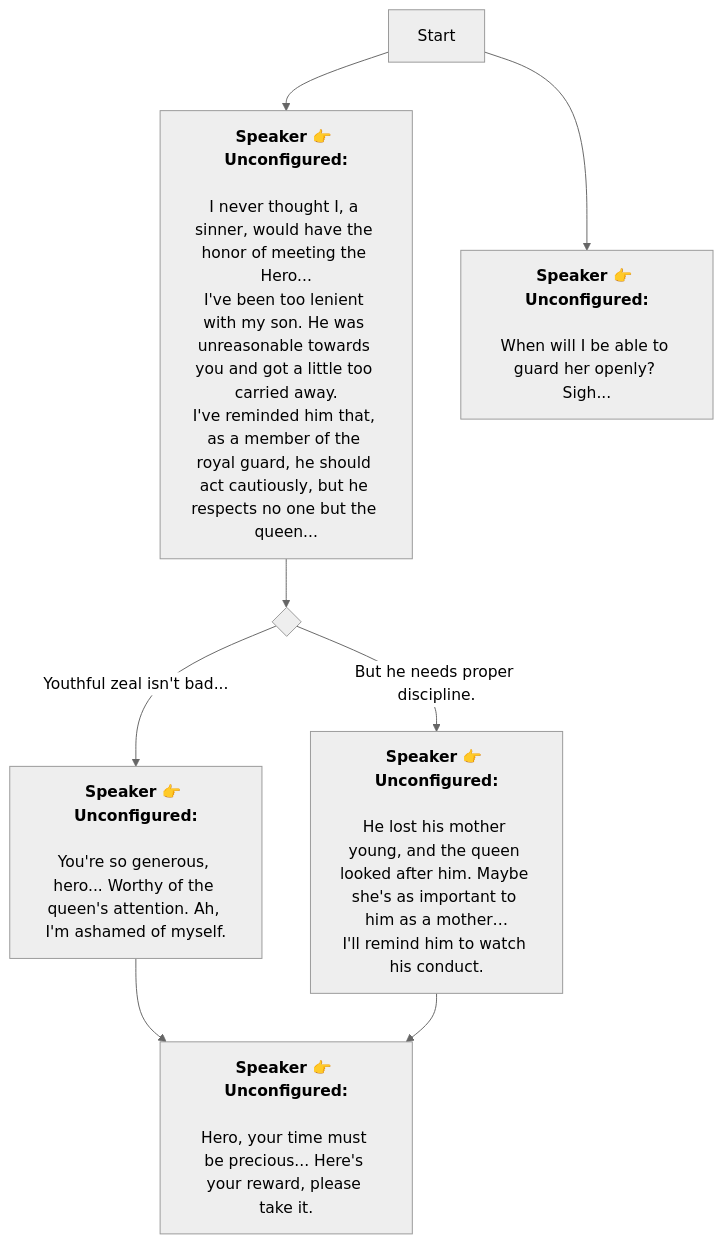
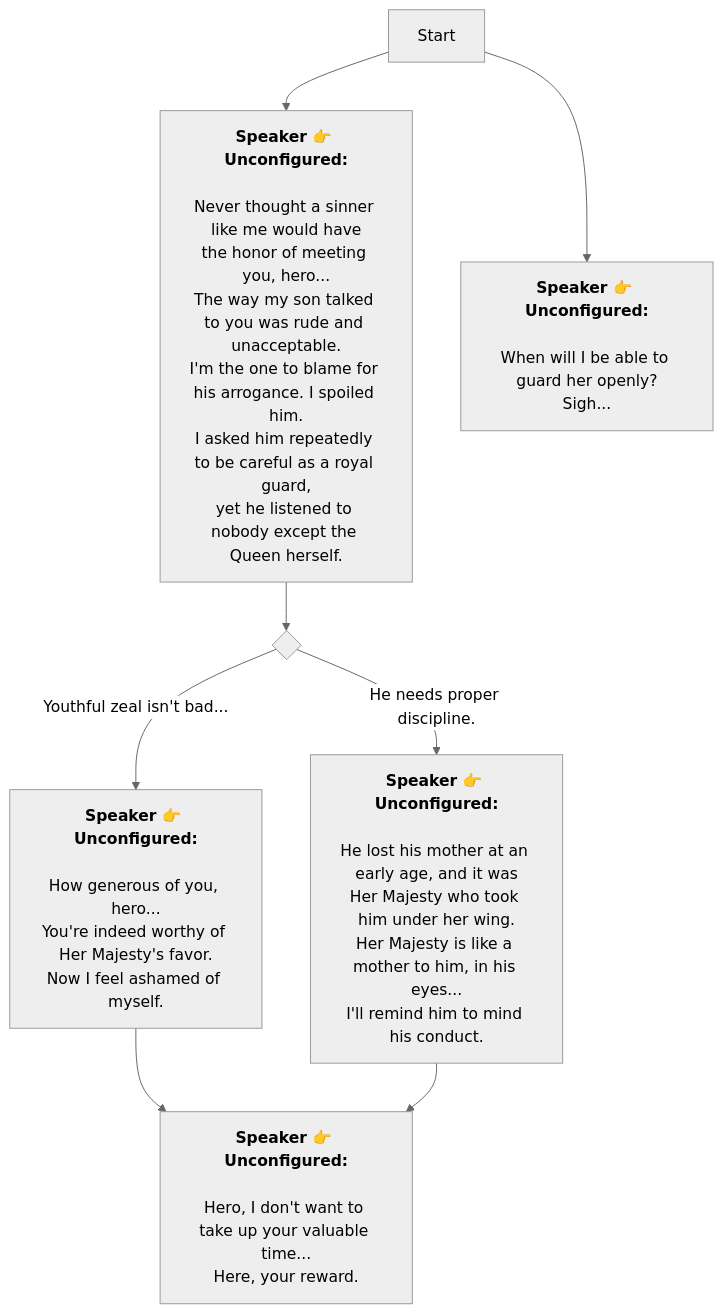
Before and after one commit to SoftHu/tos_avg: the diagram in En/GLP_4.md, drawn with Mermaid (neutral theme). The commit also changed 297 other files, not shown here.

````diff
--- a/En/GLP_4.md
+++ b/En/GLP_4.md
@@ -1,26 +1,36 @@
 ```mermaid
 graph
 Start -->1719164382430250[<b>Speaker 👉 Unconfigured:</b>
 
-I never thought I, a sinner, would have the honor of meeting the Hero...
-I've been too lenient with my son. He was unreasonable towards you and got a little too carried away.
-I've reminded him that, as a member of the royal guard, he should act cautiously, but he respects no one but the queen...]
+Never thought a sinner like me would have
+the honor of meeting you, hero...
+The way my son talked to you was rude and unacceptable.
+I'm the one to blame for his arrogance. I spoiled him.
+I asked him repeatedly to be careful as a royal guard,
+yet he listened to nobody except the Queen herself.]
 1719164382430250 -->1719169938053163{ }
 1719169938053163 -->|Youthful zeal isn't bad...|1719170460340272[<b>Speaker 👉 Unconfigured:</b>
 
-You're so generous, hero... Worthy of the queen's attention. Ah, I'm ashamed of myself.]
-1719169938053163 -->|But he needs proper discipline.|1719170465625137[<b>Speaker 👉 Unconfigured:</b>
+How generous of you, hero...
+You're indeed worthy of Her Majesty's favor.
+Now I feel ashamed of myself.]
+1719169938053163 -->|He needs proper discipline.|1719170465625137[<b>Speaker 👉 Unconfigured:</b>
 
-He lost his mother young, and the queen looked after him. Maybe she's as important to him as a mother…
-I'll remind him to watch his conduct.]
+He lost his mother at an early age, and it was
+Her Majesty who took him under her wing.
+Her Majesty is like a mother to him, in his eyes...
+I'll remind him to mind his conduct.]
 1719170460340272 -->1719171115381810[<b>Speaker 👉 Unconfigured:</b>
 
-Hero, your time must be precious... Here's your reward, please take it.]
+Hero, I don't want to take up your valuable time...
+Here, your reward.]
 1719170465625137 -->1719171115381810[<b>Speaker 👉 Unconfigured:</b>
 
-Hero, your time must be precious... Here's your reward, please take it.]
+Hero, I don't want to take up your valuable time...
+Here, your reward.]
 Start -->1724023778065461[<b>Speaker 👉 Unconfigured:</b>
 
-When will I be able to guard her openly? Sigh...]
+When will I be able to guard her openly?
+Sigh...]
 
  ```
````
